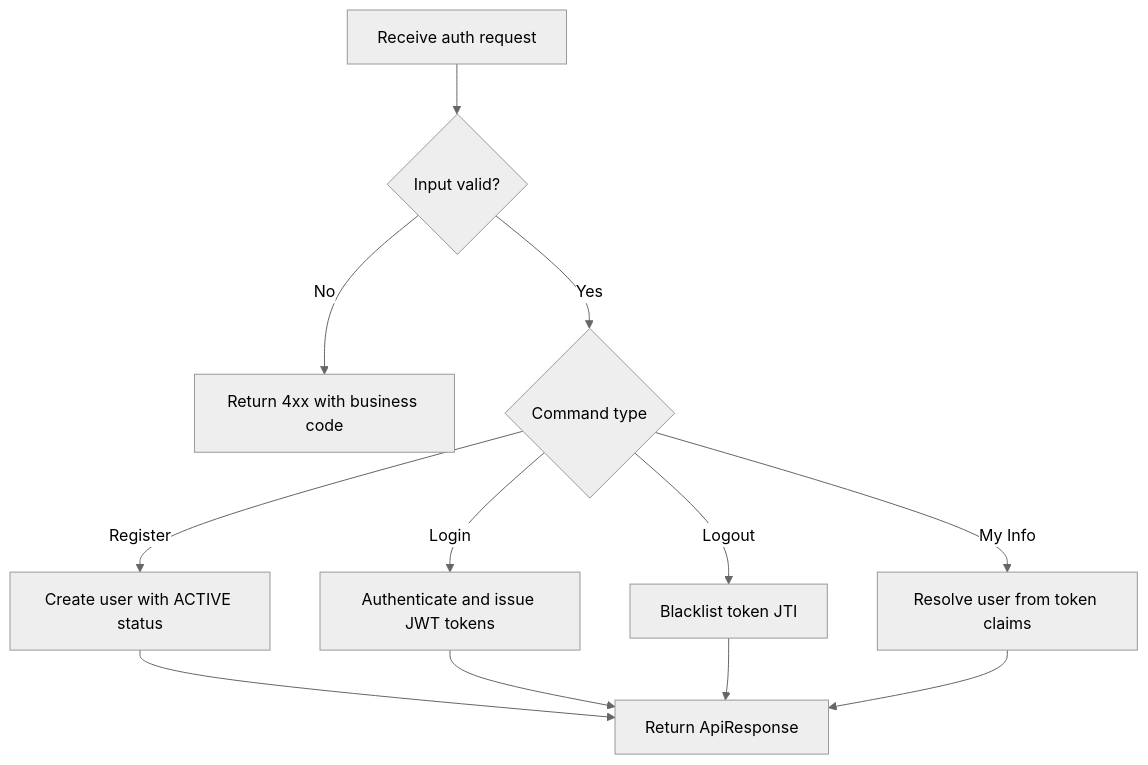
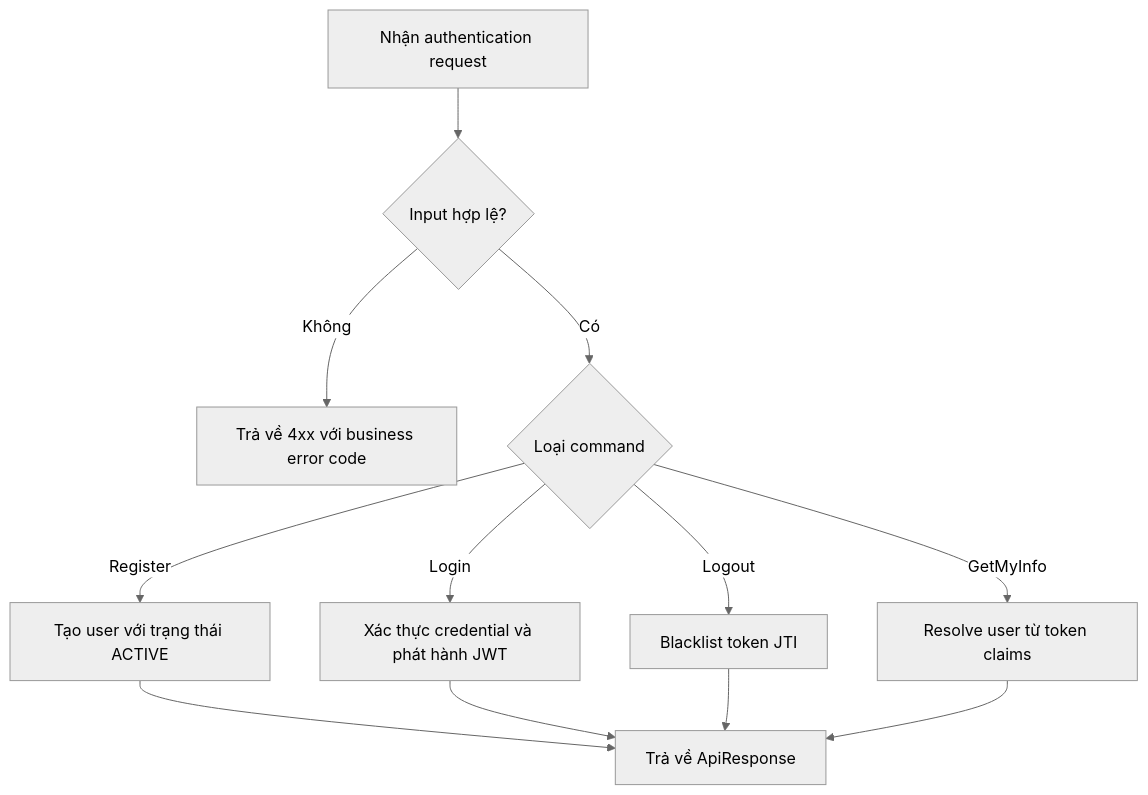
Before and after one commit to baosatboiz/asd: the third of 7 diagrams in analysis-and-design-ddd.md, drawn with Mermaid (neutral theme). The commit also changed other lines of this file, not shown here.

````diff
--- a/analysis-and-design-ddd.md
+++ b/analysis-and-design-ddd.md
@@ -276,14 +276,14 @@
 ```mermaid
 flowchart TD
-    A[Receive auth request] --> B{Input valid?}
-    B -->|No| C[Return 4xx with business code]
-    B -->|Yes| D{Command type}
-    D -->|Register| E[Create user with ACTIVE status]
-    D -->|Login| F[Authenticate and issue JWT tokens]
+    A[Nhận authentication request] --> B{Input hợp lệ?}
+    B -->|Không| C[Trả về 4xx với business error code]
+    B -->|Có| D{Loại command}
+    D -->|Register| E[Tạo user với trạng thái ACTIVE]
+    D -->|Login| F[Xác thực credential và phát hành JWT]
     D -->|Logout| G[Blacklist token JTI]
-    D -->|My Info| H[Resolve user from token claims]
-    E --> I[Return ApiResponse]
+    D -->|GetMyInfo| H[Resolve user từ token claims]
+    E --> I[Trả về ApiResponse]
     F --> I
     G --> I
     H --> I
 ```
````
